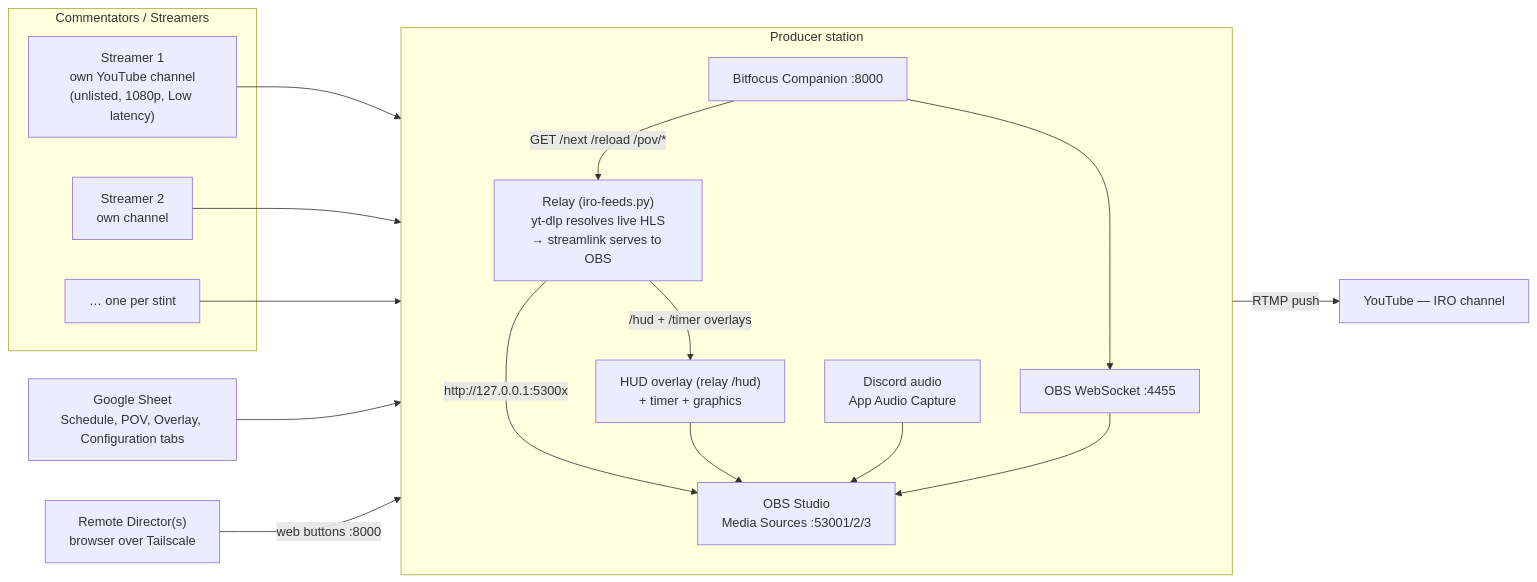
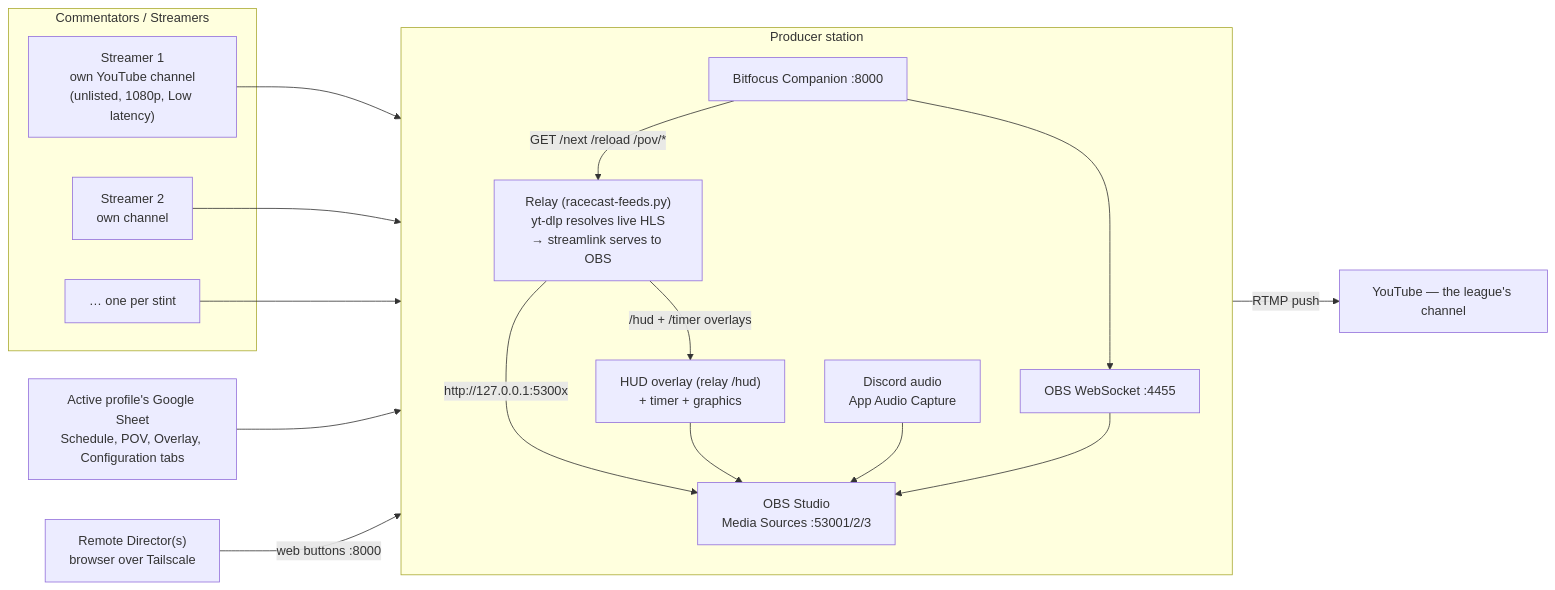
Before and after one commit to jegr78/gt-endurance-racing-broadcast: the first of 4 diagrams in src/docs/wiki/Architecture.md, drawn with Mermaid. The commit also changed other lines of this file and 6 other files, not shown here.

````diff
--- a/src/docs/wiki/Architecture.md
+++ b/src/docs/wiki/Architecture.md
@@ -28,35 +31,35 @@
 ```mermaid
 flowchart LR
   subgraph Streamers["Commentators / Streamers"]
     S1["Streamer 1<br/>own YouTube channel<br/>(unlisted, 1080p, Low latency)"]
     S2["Streamer 2<br/>own channel"]
     Sn["… one per stint"]
   end
 
   subgraph Producer["Producer station"]
     direction TB
-    RELAY["Relay (iro-feeds.py)<br/>yt-dlp resolves live HLS<br/>→ streamlink serves to OBS"]
+    RELAY["Relay (racecast-feeds.py)<br/>yt-dlp resolves live HLS<br/>→ streamlink serves to OBS"]
     OBS["OBS Studio<br/>Media Sources :53001/2/3"]
     HUD["HUD overlay (relay /hud)<br/>+ timer + graphics"]
     DISC["Discord audio<br/>App Audio Capture"]
     WS["OBS WebSocket :4455"]
     COMP["Bitfocus Companion :8000"]
   end
 
-  SHEET["Google Sheet<br/>Schedule, POV, Overlay, Configuration tabs"]
-  YT["YouTube — IRO channel"]
+  SHEET["Active profile's Google Sheet<br/>Schedule, POV, Overlay, Configuration tabs"]
+  YT["YouTube — the league's channel"]
   DIR["Remote Director(s)<br/>browser over Tailscale"]
 
   S1 --> RELAY
   S2 --> RELAY
   Sn --> RELAY
   RELAY -->|"http://127.0.0.1:5300x"| OBS
   SHEET --> RELAY
   RELAY -->|"/hud + /timer overlays"| HUD
   HUD --> OBS
   DISC --> OBS
   OBS -->|RTMP push| YT
   COMP --> WS --> OBS
   COMP -->|"GET /next /reload /pov/*"| RELAY
   DIR -->|"web buttons :8000"| COMP
 ```
````
